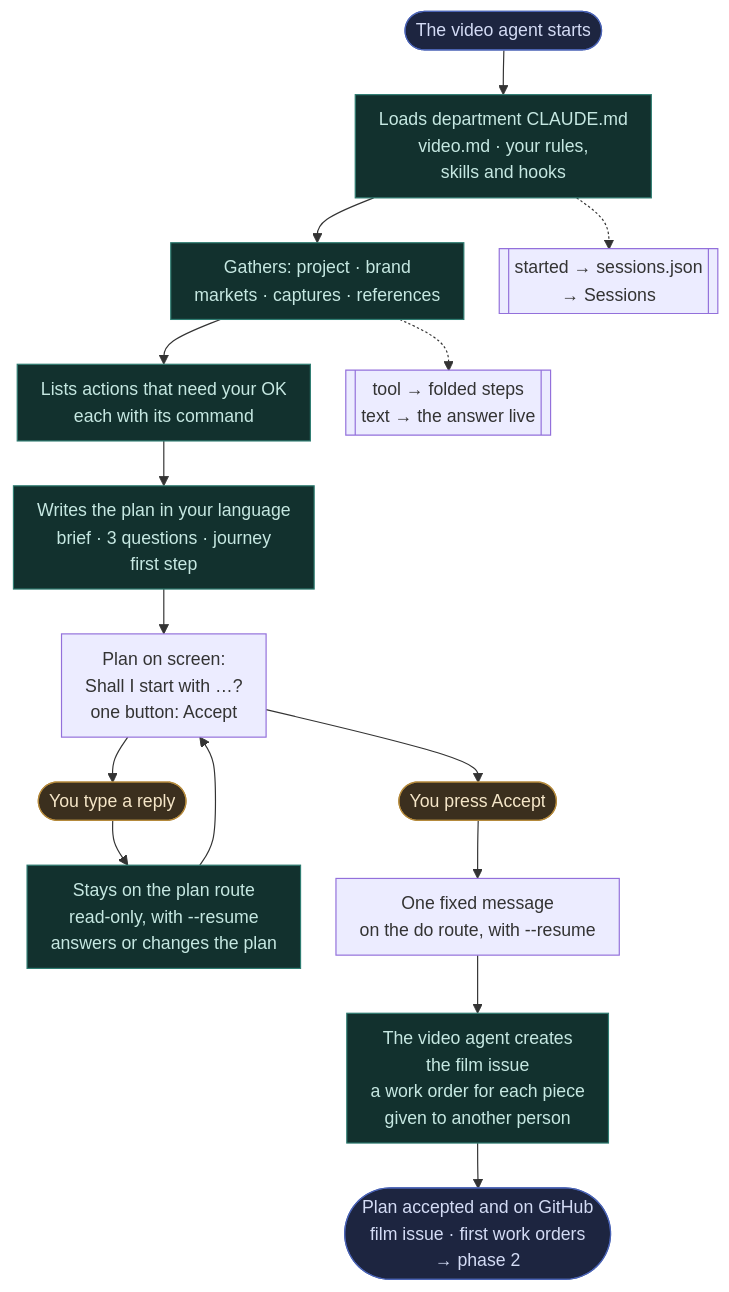
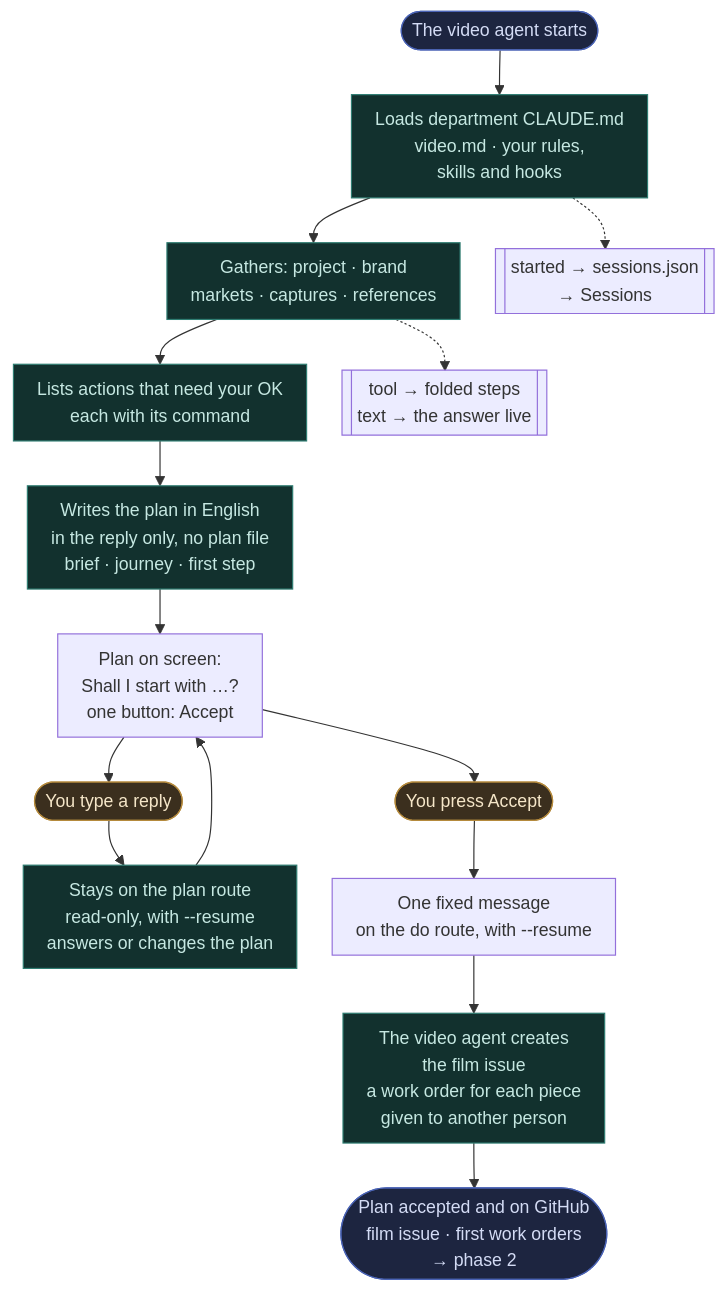
Before and after one commit to databayt/kun: the fourth of 4 diagrams in content/docs/pipeline.mdx, drawn with Mermaid. The commit also changed other lines of this file and 3 other files, not shown here.

First line of the commit message:
docs: source video, two-turn flow, production strip, brand and exec slots

````diff
--- a/content/docs/pipeline.mdx
+++ b/content/docs/pipeline.mdx
@@ -237,27 +237,27 @@
 ```mermaid
 %%{init: {"fontFamily": "Geist, Arial, sans-serif", "themeVariables": {"fontSize": "15px", "fontFamily": "Geist, Arial, sans-serif"}, "flowchart": {"wrappingWidth": 230, "nodeSpacing": 30, "rankSpacing": 38, "padding": 10}}}%%
 flowchart TD
     L0(["The video agent starts"]):::done
     L0 --> L["Loads department CLAUDE.md<br/>video.md · your rules,<br/>skills and hooks"]:::claude
     L --> PR1["Gathers: project · brand<br/>markets · captures · references"]:::claude
     PR1 --> PR2["Lists actions that need your OK<br/>each with its command"]:::claude
-    PR2 --> PR3["Writes the plan in your language<br/>brief · 3 questions · journey<br/>first step"]:::claude
+    PR2 --> PR3["Writes the plan in English<br/>in the reply only, no plan file<br/>brief · journey · first step"]:::claude
     PR3 --> END["Plan on screen:<br/>Shall I start with …?<br/>one button: Accept"]
     END --> RP(["You type a reply"]):::you
     RP --> RP1["Stays on the plan route<br/>read-only, with --resume<br/>answers or changes the plan"]:::claude
     RP1 --> END
     END --> AC(["You press Accept"]):::you
     AC --> AC1["One fixed message<br/>on the do route, with --resume"]
     AC1 --> IS["The video agent creates<br/>the film issue<br/>a work order for each piece<br/>given to another person"]:::claude
     IS --> GH(["Plan accepted and on GitHub<br/>film issue · first work orders<br/>→ phase 2"]):::done
     C1[["started → sessions.json<br/>→ Sessions"]]
     C2[["tool → folded steps<br/>text → the answer live"]]
     L -.-> C1
     PR1 -.-> C2
 
     classDef you fill:#3b2f1e,stroke:#b58a3c,color:#f5e6c8;
     classDef claude fill:#12312e,stroke:#2f7d72,color:#c6e8e2;
     classDef ok fill:#16301c,stroke:#3c8a4f,color:#cfeed7;
     classDef bad fill:#2e1a16,stroke:#a6432f,color:#f0d2c9;
     classDef done fill:#1d2540,stroke:#4a63b5,color:#d4dcf5;
 ```
````
